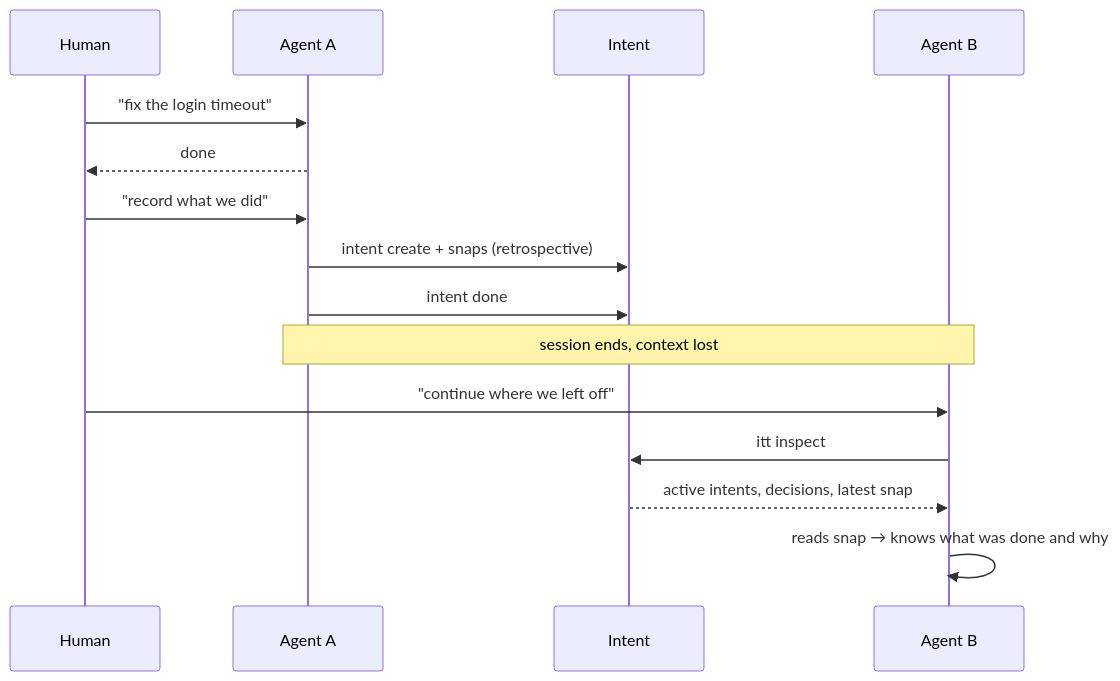
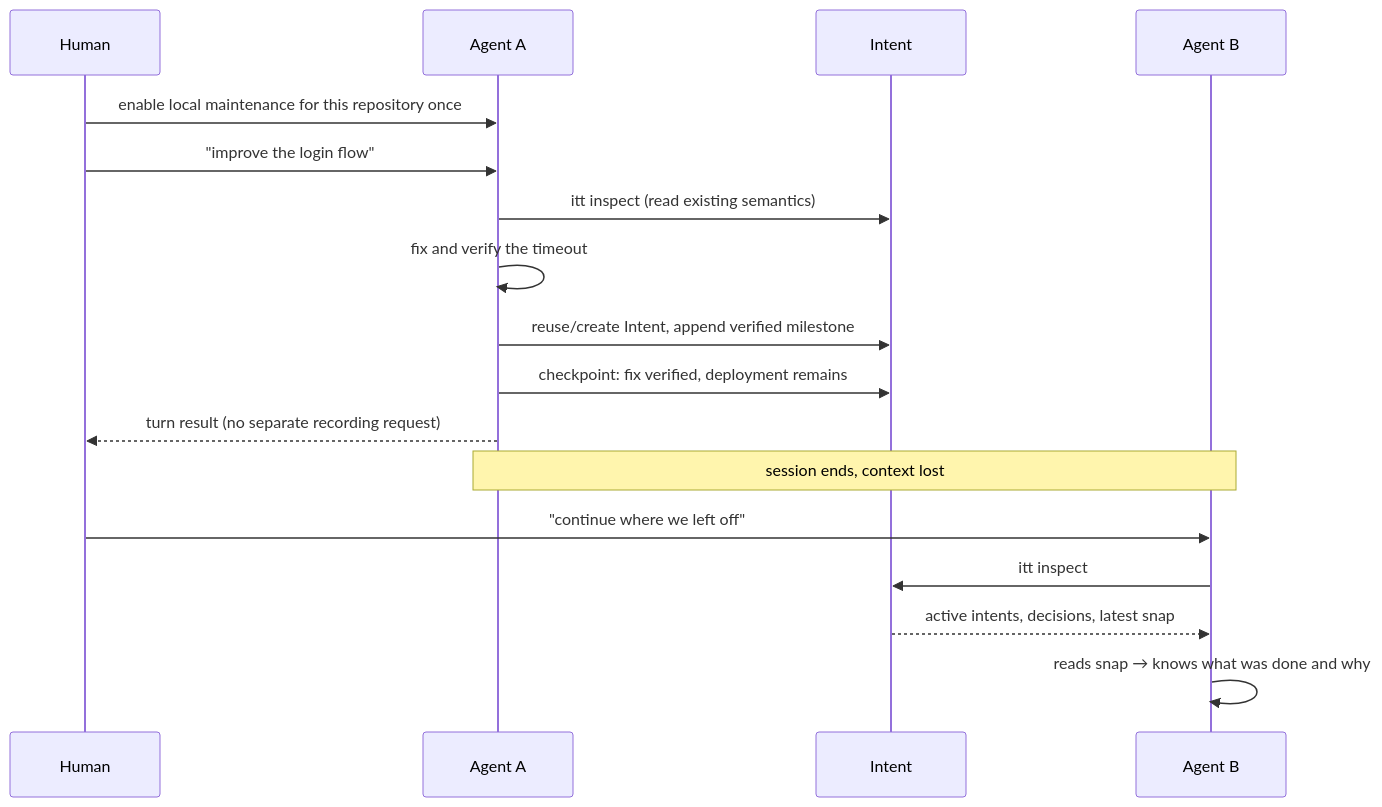
Before and after one commit to dozybot001/Intent: the third of 3 diagrams in docs/EN/vision.md, drawn with Mermaid. The commit also changed other lines of this file and 11 other files, not shown here.

Commit message:
Refocus Intent skill on opt-in continuous semantic maintenance

````diff
--- a/docs/EN/vision.md
+++ b/docs/EN/vision.md
@@ -153,20 +153,22 @@
 ```mermaid
 sequenceDiagram
   participant H as Human
   participant A as Agent A
   participant I as Intent
   participant B as Agent B
 
-  H->>A: "fix the login timeout"
-  A-->>H: done
-  H->>A: "record what we did"
-  A->>I: intent create + snaps (retrospective)
-  A->>I: intent done
+  H->>A: enable local maintenance for this repository once
+  H->>A: "improve the login flow"
+  A->>I: itt inspect (read existing semantics)
+  A->>A: fix and verify the timeout
+  A->>I: reuse/create Intent, append verified milestone
+  A->>I: checkpoint: fix verified, deployment remains
+  A-->>H: turn result (no separate recording request)
 
   Note over A,B: session ends, context lost
 
   H->>B: "continue where we left off"
   B->>I: itt inspect
   I-->>B: active intents, decisions, latest snap
   B->>B: reads snap → knows what was done and why
 ```
````
